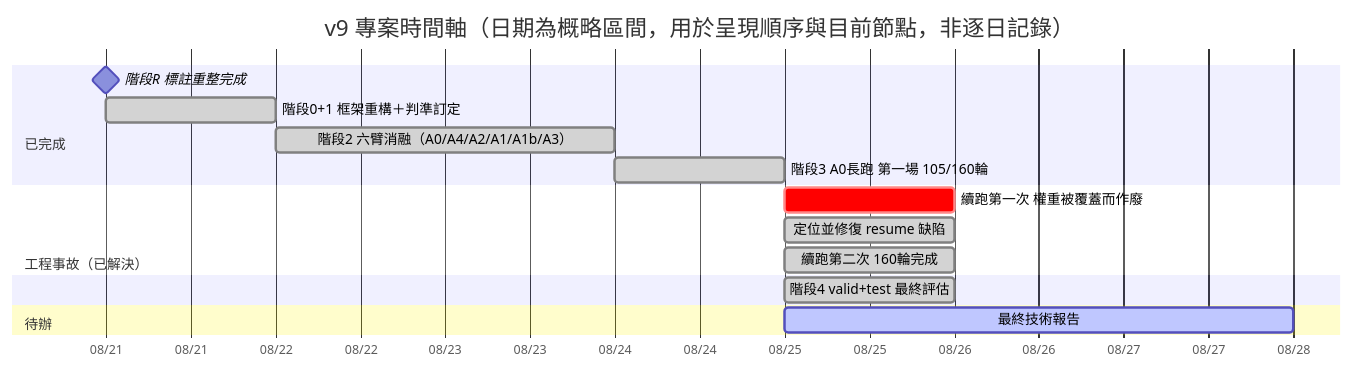
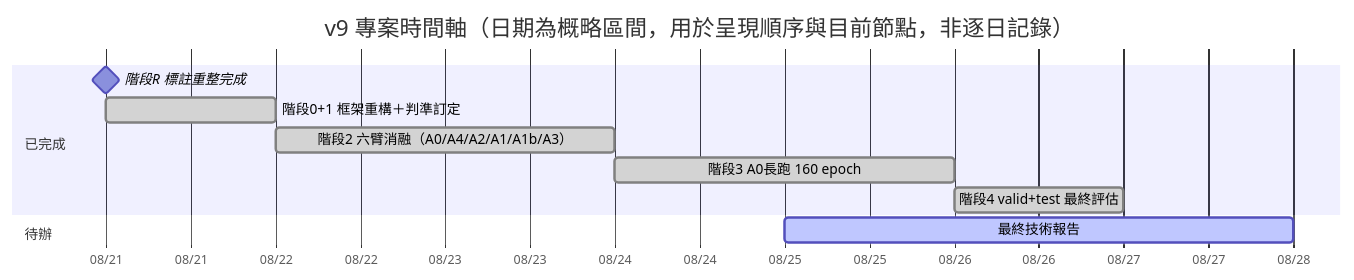
One commit to DreamOver9183/AY2026_Citrus_Pests_and_Diseases_Project changed the third of 3 diagrams in docs/v9_報告_階段性進度週報.md. Above: the diagram before and after it, drawn with Mermaid. The commit also changed other lines of this file and 1 other file, not shown here.

````diff
--- a/docs/v9_報告_階段性進度週報.md
+++ b/docs/v9_報告_階段性進度週報.md
@@ -272,19 +188,14 @@
 ```mermaid
 gantt
     title v9 專案時間軸（日期為概略區間，用於呈現順序與目前節點，非逐日記錄）
     dateFormat YYYY-MM-DD
     axisFormat %m/%d
     section 已完成
-    階段R 標註重整完成           :milestone, r1, 2026-08-21, 0d
-    階段0+1 框架重構＋判準訂定    :done, s1, 2026-08-21, 1d
+    階段R 標註重整完成            :milestone, r1, 2026-08-21, 0d
+    階段0+1 框架重構＋判準訂定     :done, s1, 2026-08-21, 1d
     階段2 六臂消融（A0/A4/A2/A1/A1b/A3） :done, s2, after s1, 2d
-    階段3 A0長跑 第一場 105/160輪  :done, s3, after s2, 1d
-    section 工程事故（已解決）
-    續跑第一次 權重被覆蓋而作廢    :crit, x1, 2026-08-25, 1d
-    定位並修復 resume 缺陷        :done, x2, 2026-08-25, 1d
-    續跑第二次 160輪完成          :done, x3, 2026-08-25, 1d
-    section 已完成
-    階段4 valid+test 最終評估     :done, s4, 2026-08-25, 1d
+    階段3 A0長跑 160 epoch         :done, s3, after s2, 2d
+    階段4 valid+test 最終評估      :done, s4, after s3, 1d
     section 待辦
-    最終技術報告                  :active, s5, 2026-08-25, 3d
+    最終技術報告                   :active, s5, 2026-08-25, 3d
 ```
````
